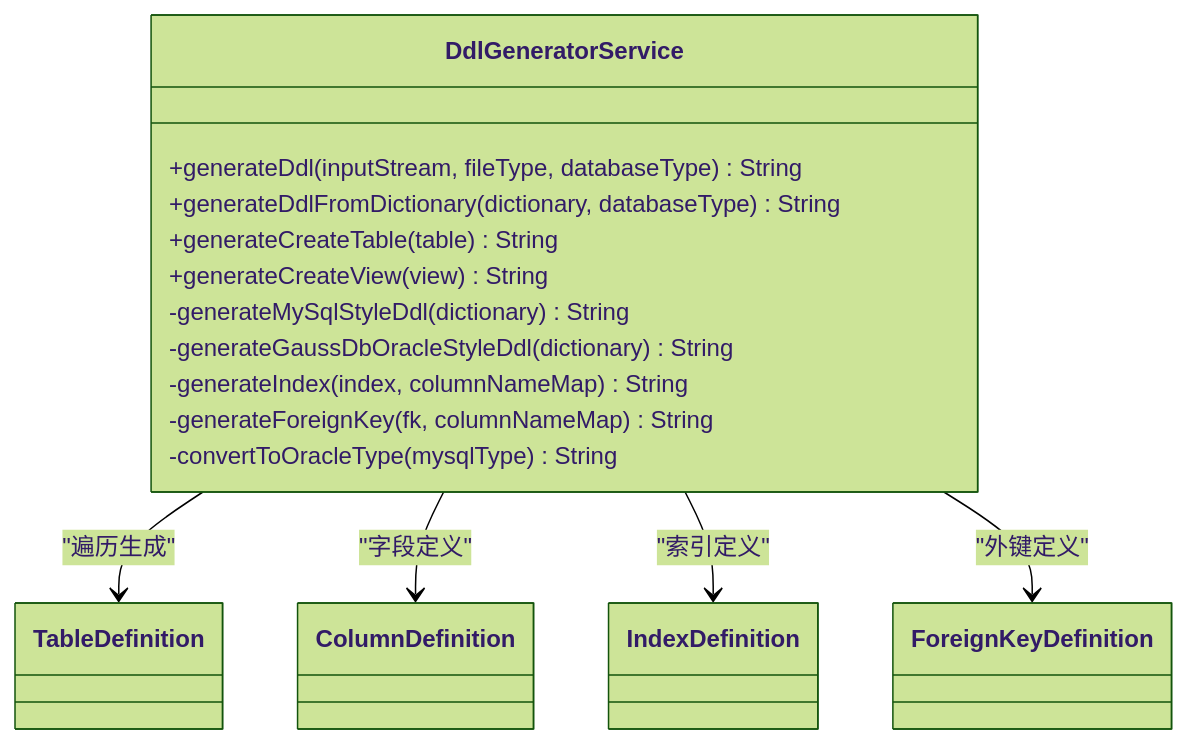
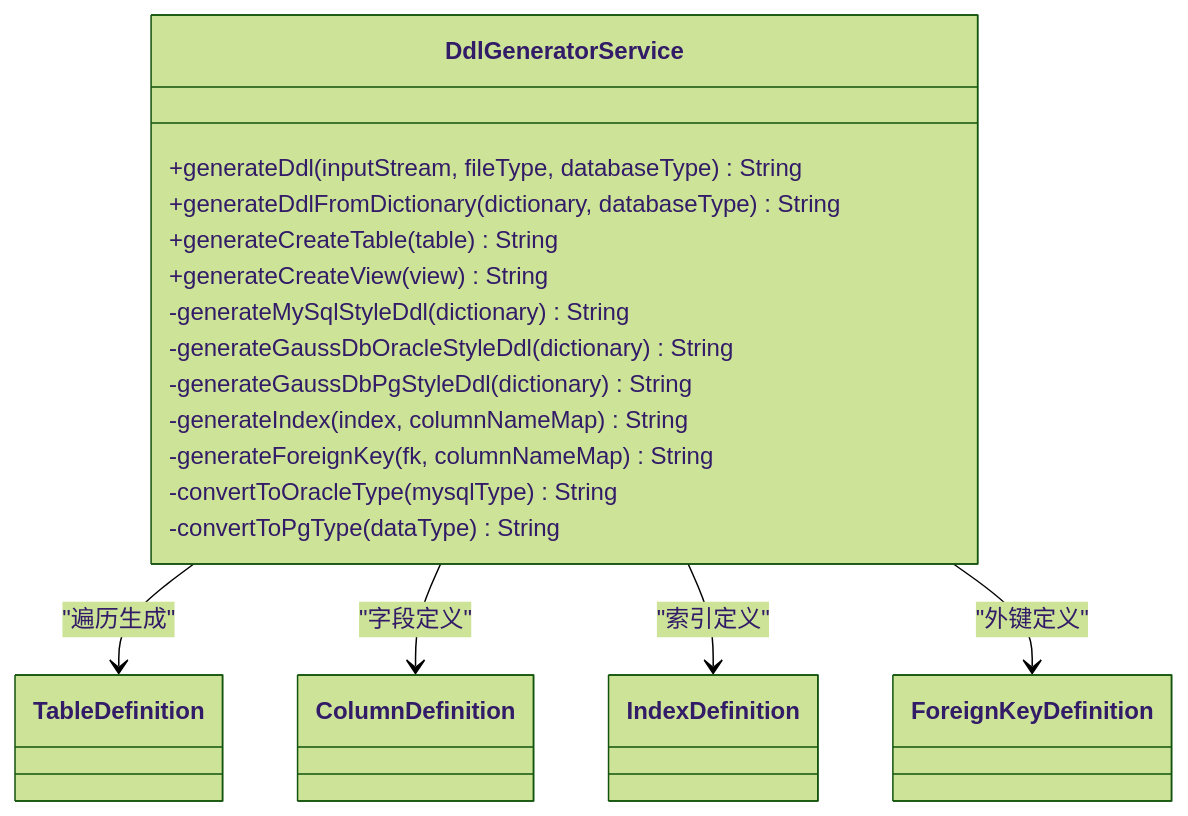
One commit to SamLing-Why/SchemaSync changed the fourth of 6 diagrams in .qoder/repowiki/zh/content/核心功能/DDL脚本生成.md. Above: the diagram before and after it, drawn with Mermaid (forest theme). The commit also changed other lines of this file and 38 other files, not shown here.

````diff
--- a/.qoder/repowiki/zh/content/核心功能/DDL脚本生成.md
+++ b/.qoder/repowiki/zh/content/核心功能/DDL脚本生成.md
@@ -212,22 +225,24 @@
 ```mermaid
 classDiagram
 class DdlGeneratorService {
 +generateDdl(inputStream, fileType, databaseType) String
 +generateDdlFromDictionary(dictionary, databaseType) String
 +generateCreateTable(table) String
 +generateCreateView(view) String
 -generateMySqlStyleDdl(dictionary) String
 -generateGaussDbOracleStyleDdl(dictionary) String
+-generateGaussDbPgStyleDdl(dictionary) String
 -generateIndex(index, columnNameMap) String
 -generateForeignKey(fk, columnNameMap) String
 -convertToOracleType(mysqlType) String
+-convertToPgType(dataType) String
 }
 class TableDefinition
 class ColumnDefinition
 class IndexDefinition
 class ForeignKeyDefinition
 DdlGeneratorService --> TableDefinition : "遍历生成"
 DdlGeneratorService --> ColumnDefinition : "字段定义"
 DdlGeneratorService --> IndexDefinition : "索引定义"
 DdlGeneratorService --> ForeignKeyDefinition : "外键定义"
 ```
````
